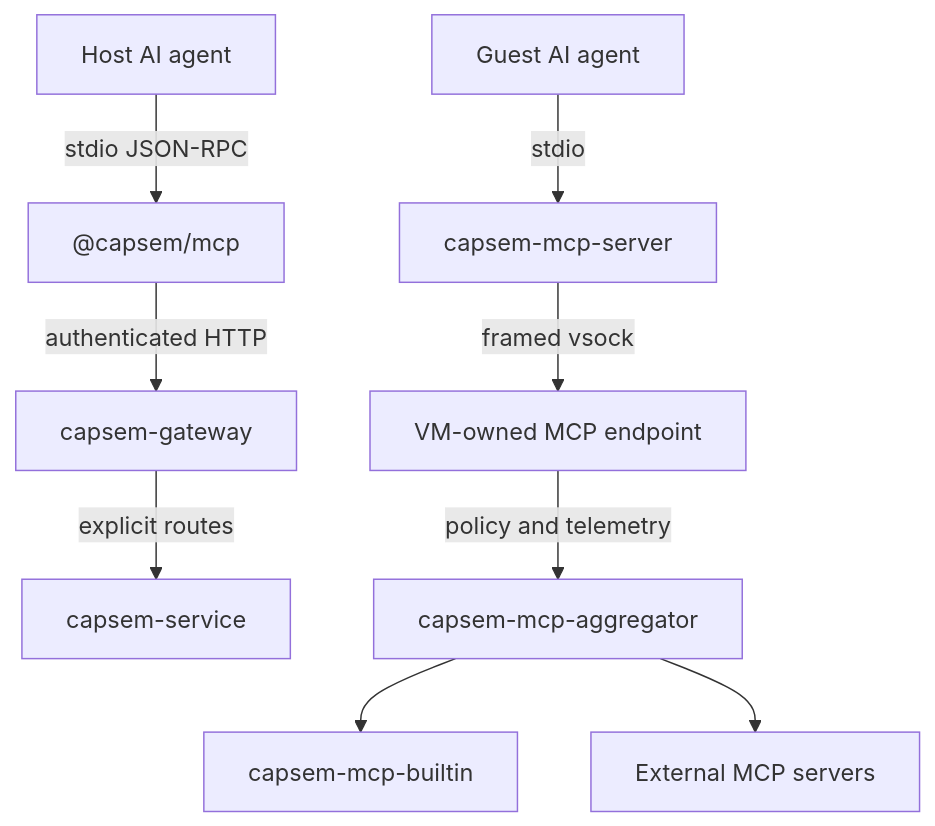
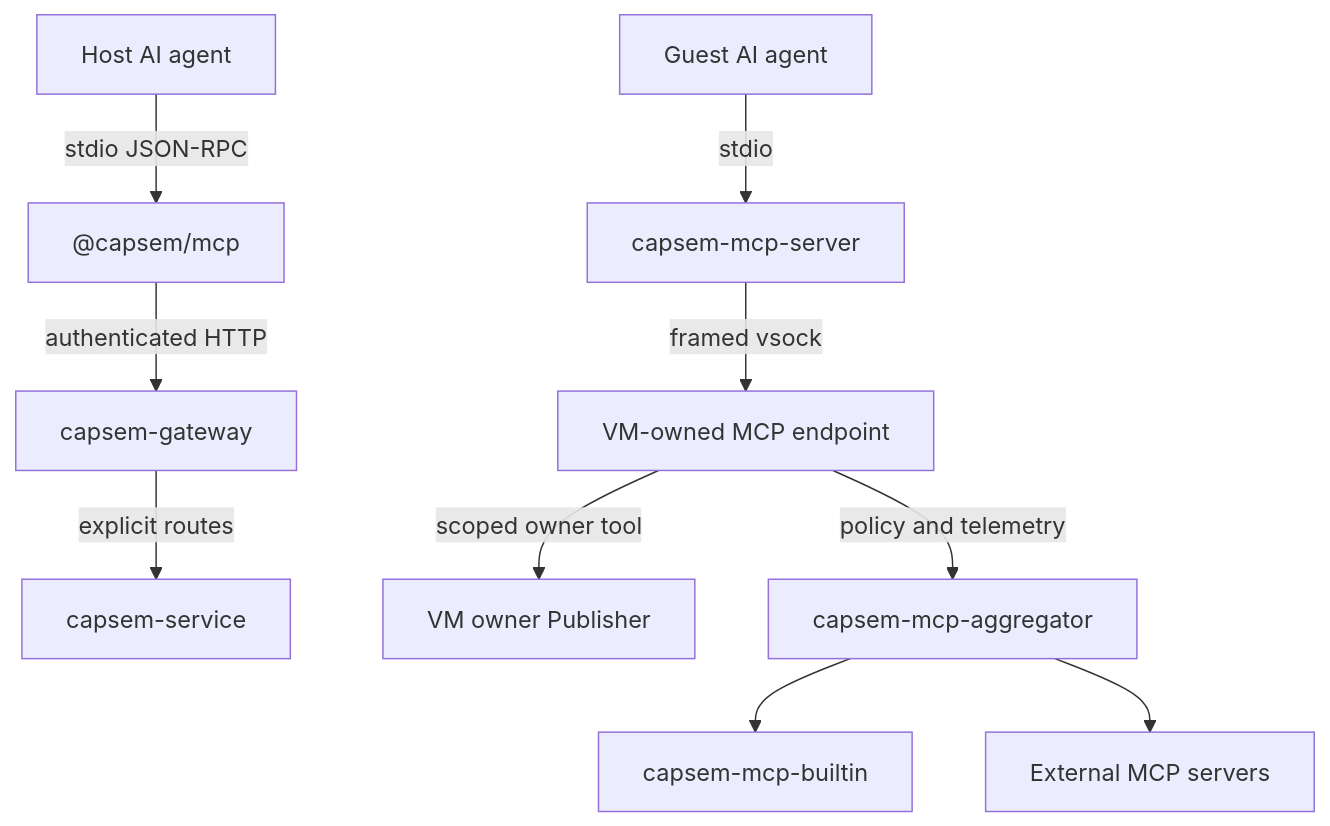
Before and after one commit to google/capsem: the first of 4 diagrams in web/docs/src/content/docs/architecture/mcp-gateway.md, drawn with Mermaid. The commit also changed other lines of this file and 14 other files, not shown here.

````diff
--- a/web/docs/src/content/docs/architecture/mcp-gateway.md
+++ b/web/docs/src/content/docs/architecture/mcp-gateway.md
@@ -15,12 +15,13 @@
 ```mermaid
 graph TB
     AGENT["Host AI agent"] -->|stdio JSON-RPC| HOST["@capsem/mcp"]
     HOST -->|authenticated HTTP| GATEWAY["capsem-gateway"]
     GATEWAY -->|explicit routes| SERVICE["capsem-service"]
 
     GUEST_AGENT["Guest AI agent"] -->|stdio| RELAY["capsem-mcp-server"]
     RELAY -->|framed vsock| ENDPOINT["VM-owned MCP endpoint"]
+    ENDPOINT -->|scoped owner tool| OWNER["VM owner Publisher"]
     ENDPOINT -->|policy and telemetry| AGG["capsem-mcp-aggregator"]
     AGG --> BUILTIN["capsem-mcp-builtin"]
     AGG --> EXTERNAL["External MCP servers"]
 ```
````
